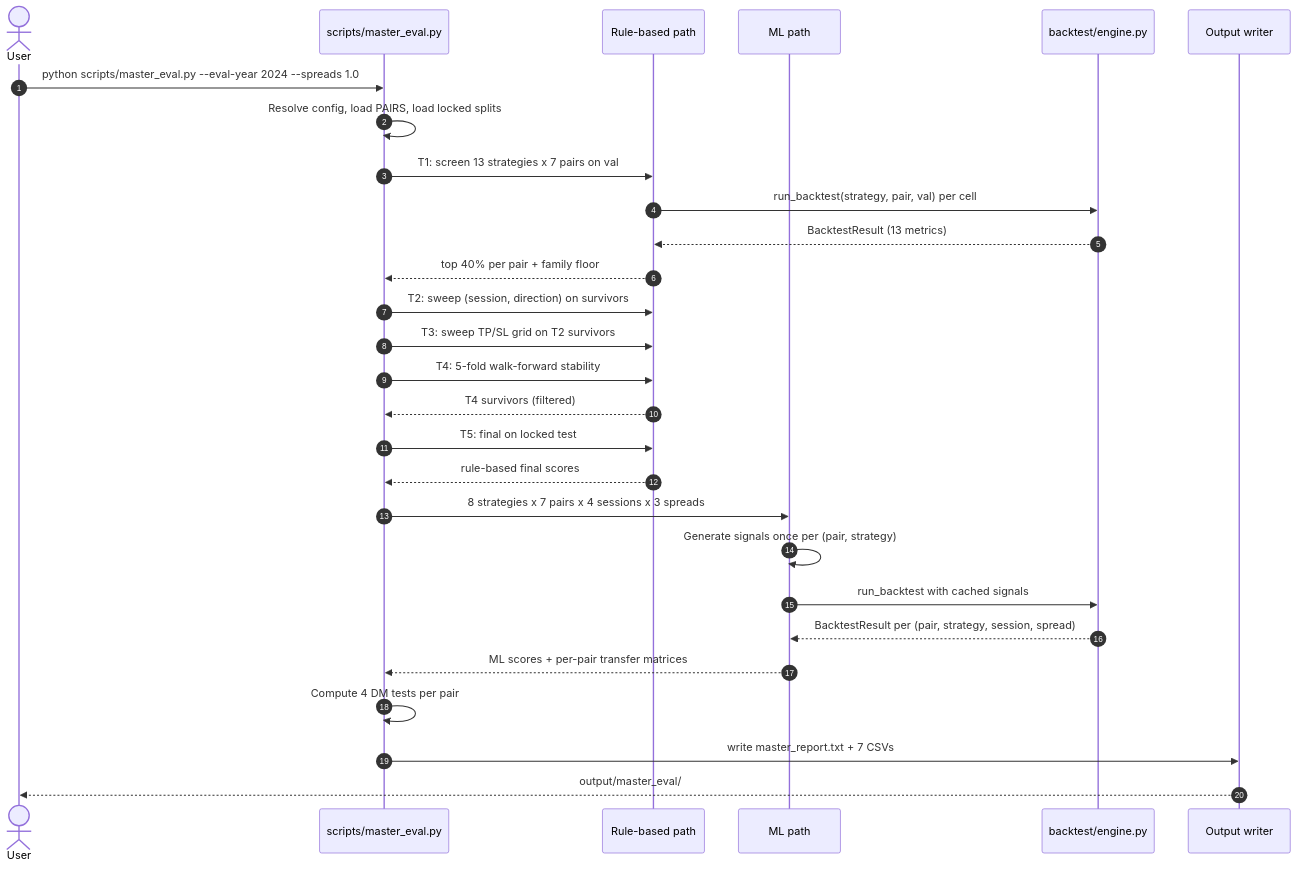
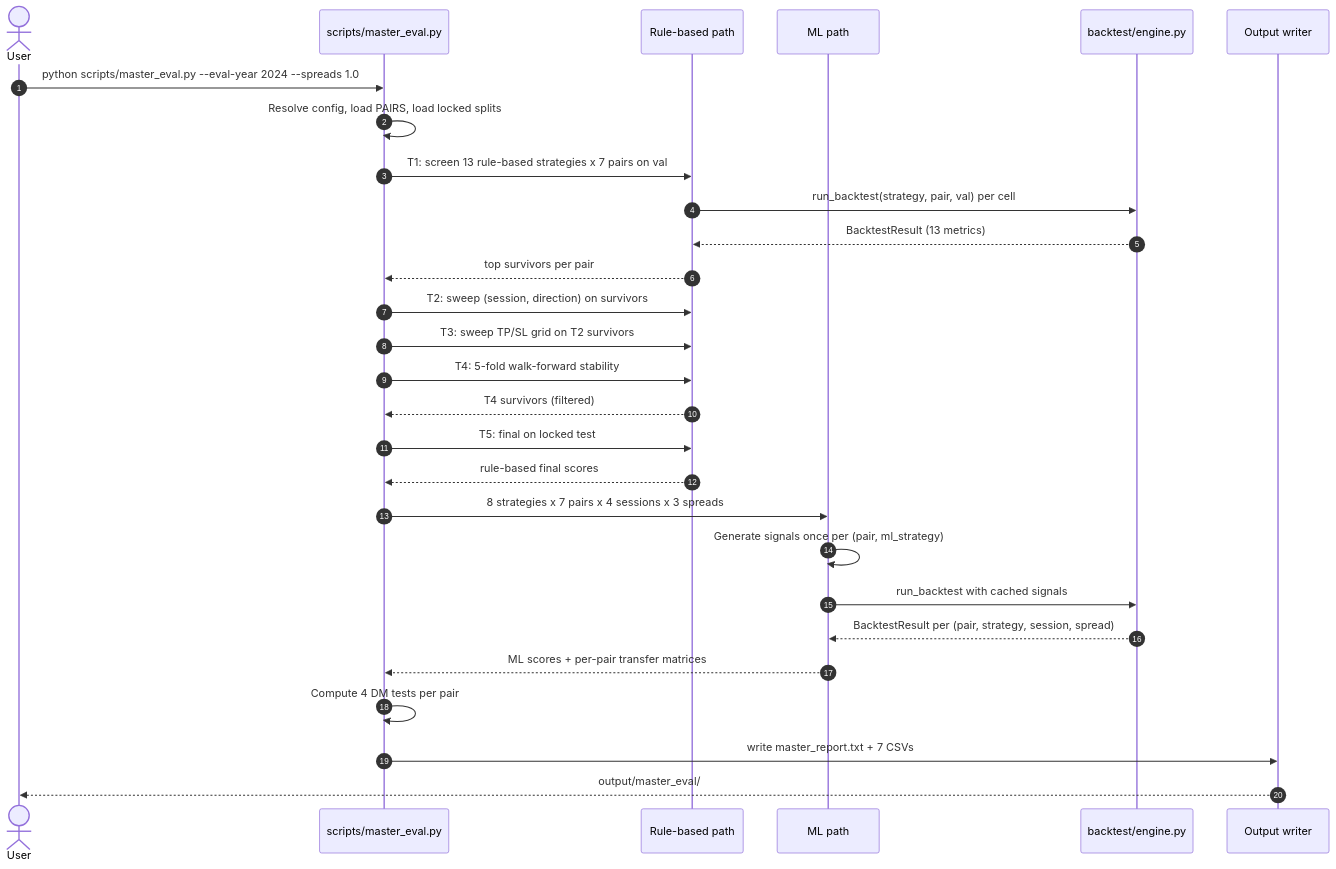
One commit to WA-MIN/forex-algo-trading changed the second of 6 diagrams in ARCHITECTURE.md. Above: the diagram before and after it, drawn with Mermaid. The commit also changed other lines of this file and 17 other files, not shown here.

````diff
--- a/ARCHITECTURE.md
+++ b/ARCHITECTURE.md
@@ -49,30 +47,30 @@
 ```mermaid
 sequenceDiagram
   autonumber
   actor User
   participant CLI as scripts/master_eval.py
   participant RB as Rule-based path
   participant ML as ML path
   participant Eng as backtest/engine.py
   participant Out as Output writer
   User->>CLI: python scripts/master_eval.py --eval-year 2024 --spreads 1.0
   CLI->>CLI: Resolve config, load PAIRS, load locked splits
-  CLI->>RB: T1: screen 13 strategies x 7 pairs on val
+  CLI->>RB: T1: screen 13 rule-based strategies x 7 pairs on val
   RB->>Eng: run_backtest(strategy, pair, val) per cell
   Eng-->>RB: BacktestResult (13 metrics)
-  RB-->>CLI: top 40% per pair + family floor
+  RB-->>CLI: top survivors per pair
   CLI->>RB: T2: sweep (session, direction) on survivors
   CLI->>RB: T3: sweep TP/SL grid on T2 survivors
   CLI->>RB: T4: 5-fold walk-forward stability
   RB-->>CLI: T4 survivors (filtered)
   CLI->>RB: T5: final on locked test
   RB-->>CLI: rule-based final scores
   CLI->>ML: 8 strategies x 7 pairs x 4 sessions x 3 spreads
-  ML->>ML: Generate signals once per (pair, strategy)
+  ML->>ML: Generate signals once per (pair, ml_strategy)
   ML->>Eng: run_backtest with cached signals
   Eng-->>ML: BacktestResult per (pair, strategy, session, spread)
   ML-->>CLI: ML scores + per-pair transfer matrices
   CLI->>CLI: Compute 4 DM tests per pair
   CLI->>Out: write master_report.txt + 7 CSVs
   Out-->>User: output/master_eval/
 ```
````
